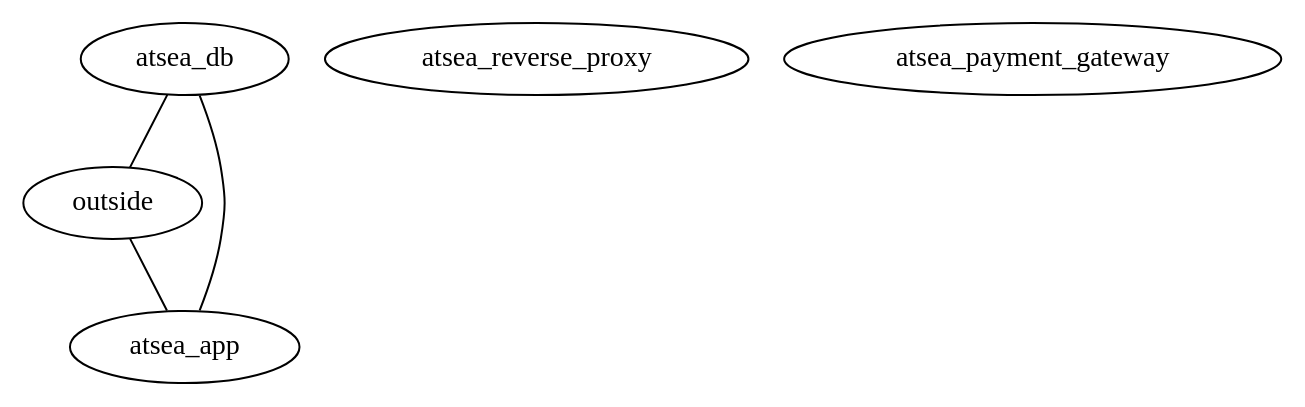
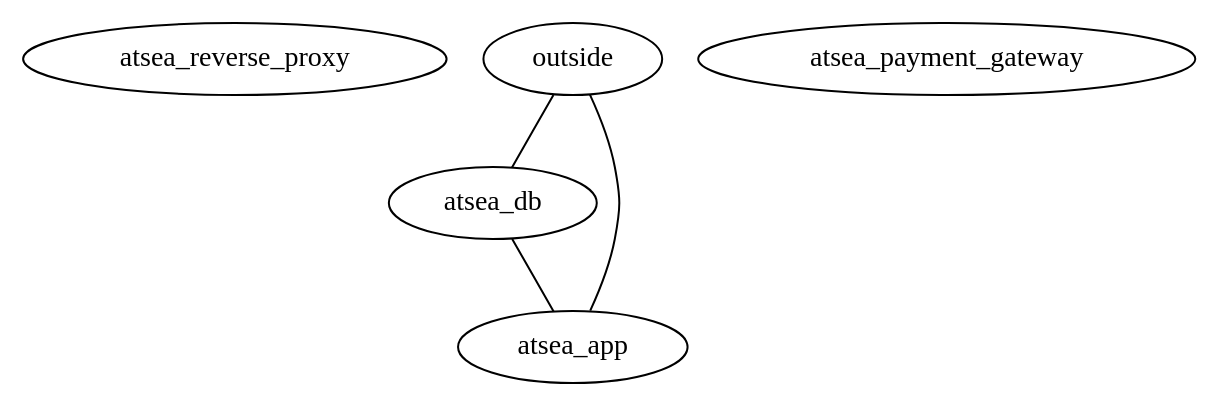
Before and after one commit to tum-i4/attack-graph-generator: the diagram in System/examples-results/atsea/topology_graph.dot, drawn with Graphviz. The commit also changed 21 other files, not shown here.

Commit message:
Readme modification, graph properties and time summary in main is added.

```diff
--- a/System/examples-results/atsea/topology_graph.dot
+++ b/System/examples-results/atsea/topology_graph.dot
@@ -1,11 +1,11 @@
 // Topology Graph
 graph {
+	atsea_reverse_proxy
+	outside
+	atsea_payment_gateway
 	atsea_db
-	outside
-	atsea_reverse_proxy
 	atsea_app
-	atsea_payment_gateway
+	outside -- atsea_app [contstraint=false]
+	outside -- atsea_db [contstraint=false]
 	atsea_db -- atsea_app [contstraint=false]
-	atsea_db -- outside [contstraint=false]
-	outside -- atsea_app [contstraint=false]
 }
```
